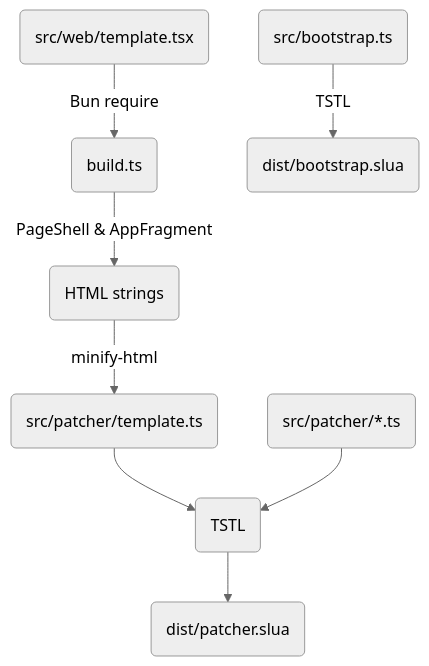
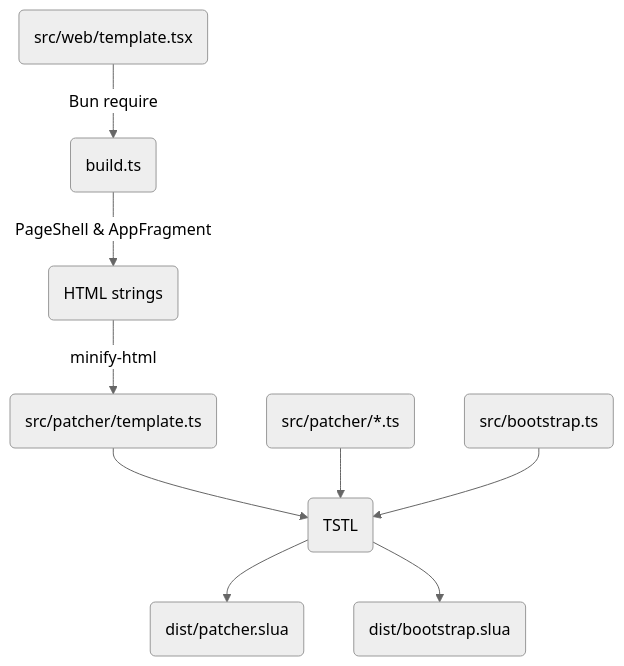
The second of 3 diagrams in README.md (gwigz/slua-derez-patcher), drawn with Mermaid (neutral theme) before and after one commit. The commit also changed other lines of this file, not shown here.

````diff
--- a/README.md
+++ b/README.md
@@ -95,10 +95,11 @@
 ```mermaid
 flowchart TD
     A(src/web/template.tsx) -->|Bun require| B(build.ts)
     B -->|PageShell & AppFragment| C(HTML strings)
     C -->|minify-html| D(src/patcher/template.ts)
     D --> E(TSTL)
     F(src/patcher/*.ts) --> E
-    E --> G(dist/patcher.slua)
-    H(src/bootstrap.ts) -->|TSTL| I(dist/bootstrap.slua)
+    G(src/bootstrap.ts) --> E
+    E --> H(dist/patcher.slua)
+    E --> I(dist/bootstrap.slua)
 ```
````
